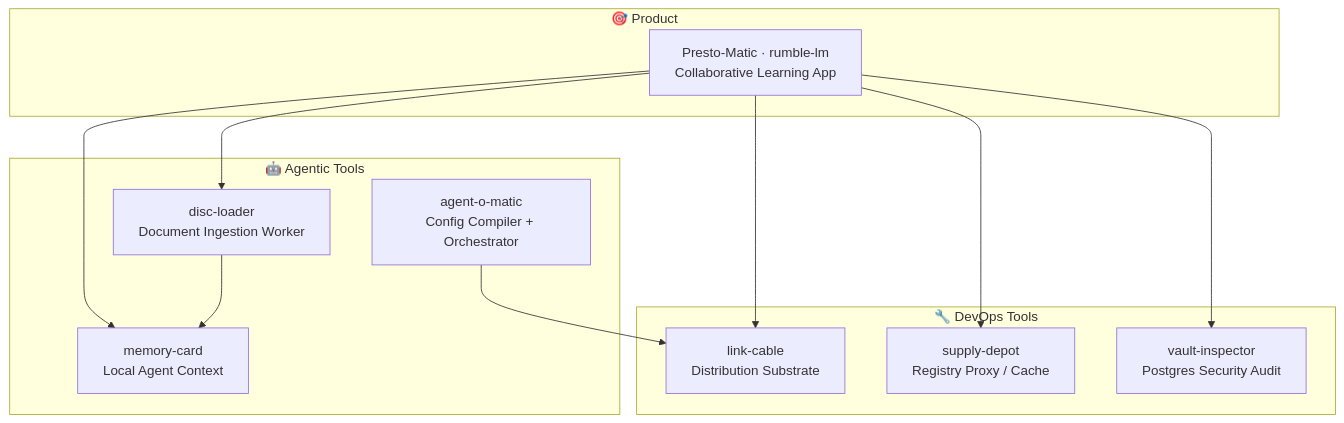
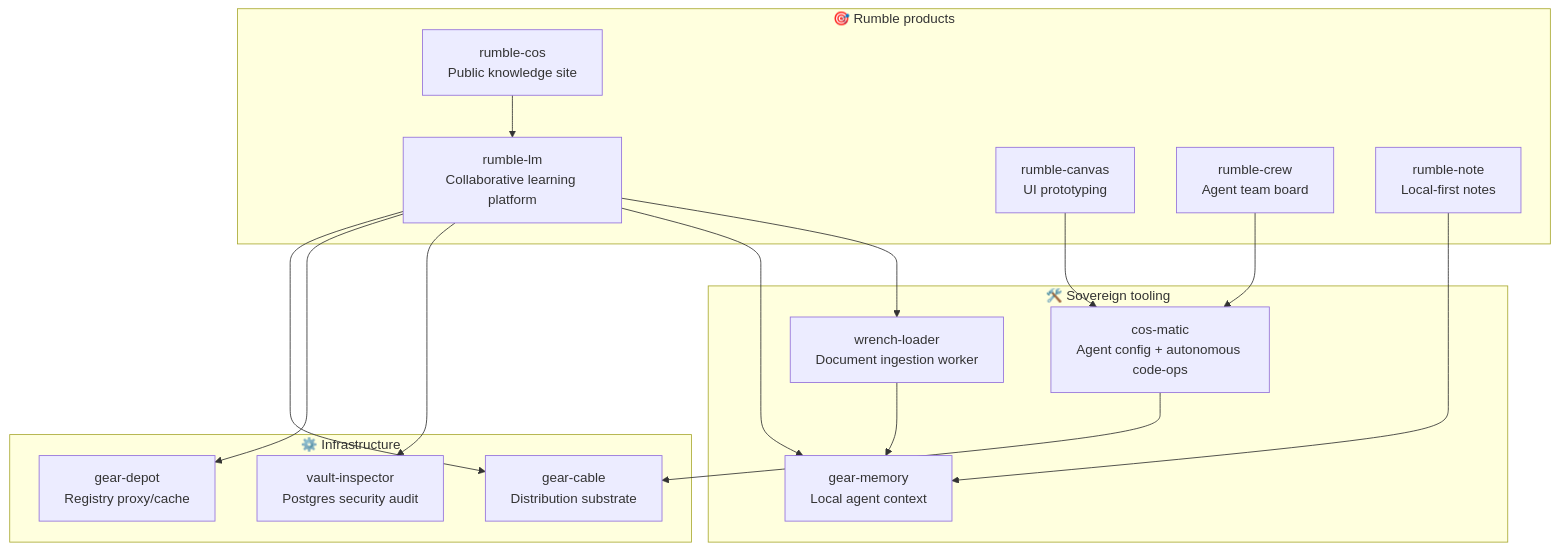
One commit to constantin-jais/constantin-jais changed the diagram in README.md. Above: the diagram before and after it, drawn with Mermaid. The commit also changed other lines of this file, not shown here.

Commit message:
docs: update profile project map

````diff
--- a/README.md
+++ b/README.md
@@ -41,23 +45,31 @@
 ```mermaid
 graph TB
-    subgraph product["🎯 Product"]
-        RL["Presto-Matic · rumble-lm<br/>Collaborative Learning App"]
+    subgraph products["🎯 Rumble products"]
+        RL["rumble-lm<br/>Collaborative learning platform"]
+        RC["rumble-cos<br/>Public knowledge site"]
+        RCanvas["rumble-canvas<br/>UI prototyping"]
+        RCrew["rumble-crew<br/>Agent team board"]
+        RNote["rumble-note<br/>Local-first notes"]
     end
-    subgraph agentic["🤖 Agentic Tools"]
-        AOM["agent-o-matic<br/>Config Compiler + Orchestrator"]
-        DL["disc-loader<br/>Document Ingestion Worker"]
-        MC["memory-card<br/>Local Agent Context"]
+    subgraph tools["🛠️ Sovereign tooling"]
+        CM["cos-matic<br/>Agent config + autonomous code-ops"]
+        WL["wrench-loader<br/>Document ingestion worker"]
+        GM["gear-memory<br/>Local agent context"]
     end
-    subgraph devops["🔧 DevOps Tools"]
-        LC["link-cable<br/>Distribution Substrate"]
-        SD["supply-depot<br/>Registry Proxy / Cache"]
-        VI["vault-inspector<br/>Postgres Security Audit"]
+    subgraph infra["⚙️ Infrastructure"]
+        GC["gear-cable<br/>Distribution substrate"]
+        GD["gear-depot<br/>Registry proxy/cache"]
+        VI["vault-inspector<br/>Postgres security audit"]
     end
-    RL --> DL
-    RL --> MC
+    RL --> WL
+    RL --> GM
     RL --> VI
-    RL --> SD
-    RL --> LC
-    AOM --> LC
-    DL --> MC
+    RL --> GD
+    RL --> GC
+    RC --> RL
+    RCanvas --> CM
+    RCrew --> CM
+    RNote --> GM
+    CM --> GC
+    WL --> GM
 ```
````
